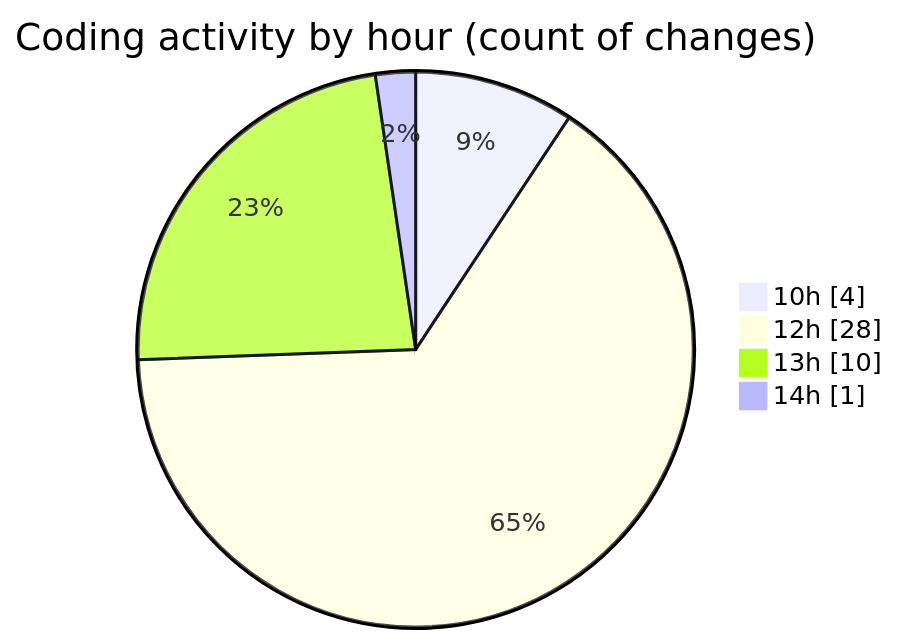
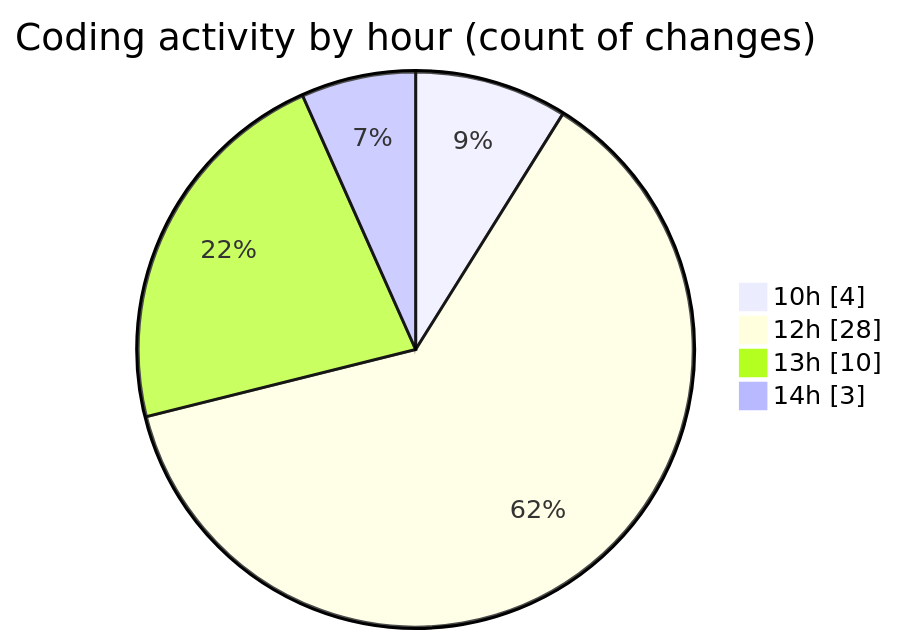
Before and after one commit to nxtqubesakshisongat/code-tracking: the second of 2 diagrams in 2025-05-22/nxtqube_webapp/README.md, drawn with Mermaid. The commit also changed other lines of this file and 1 other file, not shown here.

````diff
--- a/2025-05-22/nxtqube_webapp/README.md
+++ b/2025-05-22/nxtqube_webapp/README.md
@@ -30,8 +30,8 @@
 ```mermaid
 pie showData
 title Coding activity by hour (count of changes)
 "10h" : 4
 "12h" : 28
 "13h" : 10
-"14h" : 1
+"14h" : 3
 ```
````
